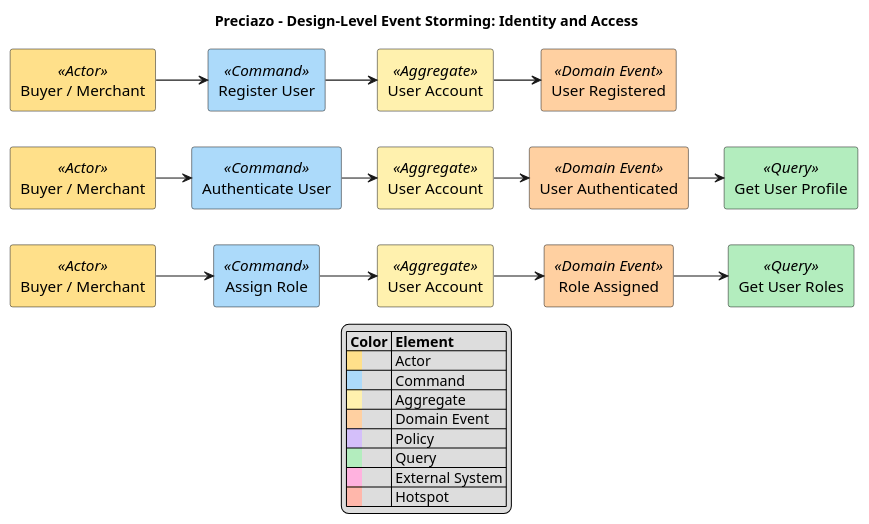
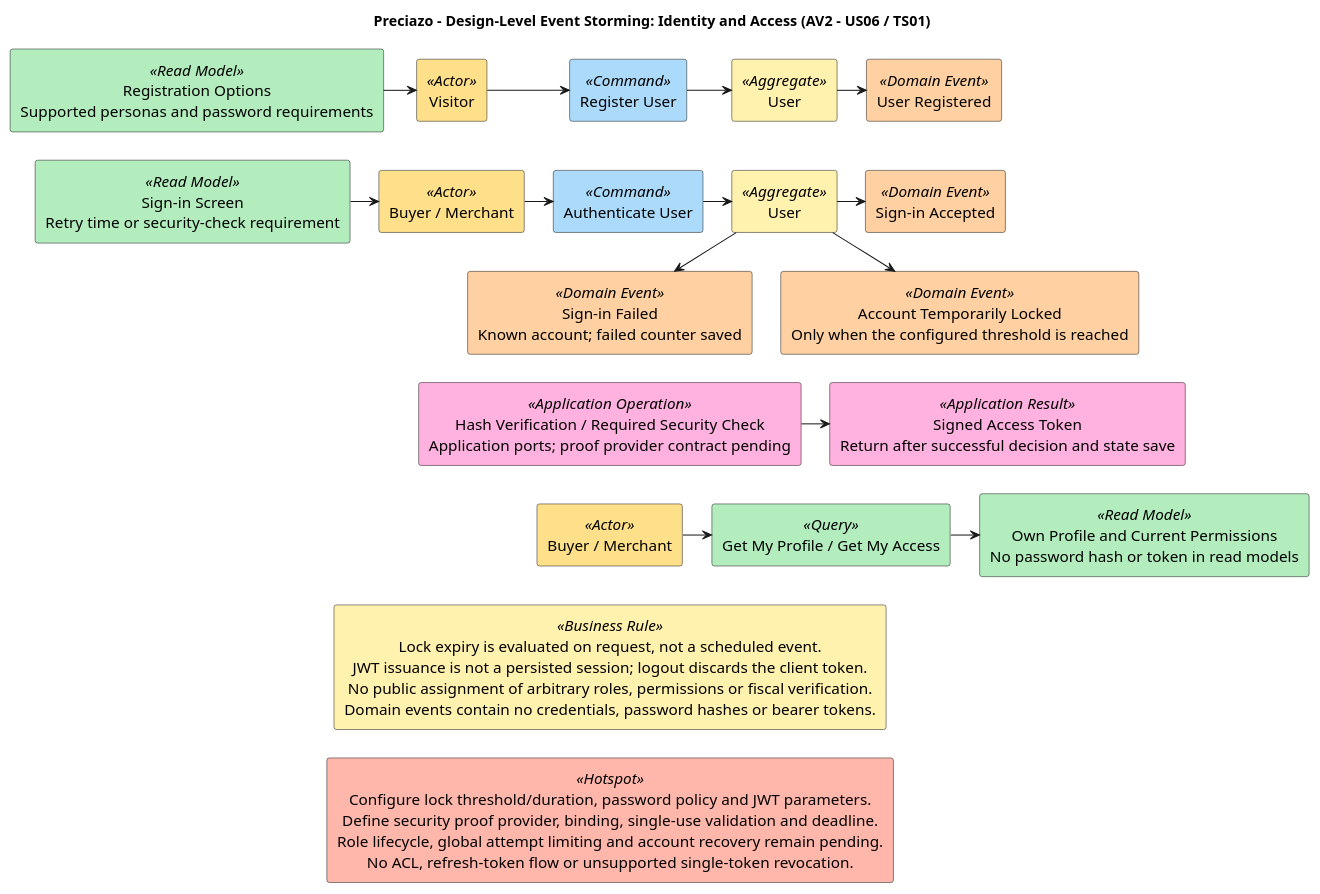
Before and after one commit to Open-Source-1ASI0729-2620-7750/preciazo-report: the diagram in docs/architecture/event-storming/identity-access.puml, drawn with PlantUML. The commit also changed 13 other files, not shown here.

Commit message:
docs(identity): align authentication and access design

```diff
--- a/docs/architecture/event-storming/identity-access.puml
+++ b/docs/architecture/event-storming/identity-access.puml
@@ -1,53 +1,51 @@
 @startuml Preciazo_Event_Storming_identity_access
-left to right direction
-title Preciazo - Design-Level Event Storming: Identity and Access
+top to bottom direction
+title Preciazo - Design-Level Event Storming: Identity and Access (AV2 - US06 / TS01)
 skinparam shadowing false
 skinparam defaultFontSize 15
 skinparam defaultTextAlignment center
-skinparam nodesep 35
-skinparam ranksep 35
+skinparam nodesep 28
+skinparam ranksep 28
 skinparam rectanglePadding 12
-
-rectangle "Buyer / Merchant" as n0_0 <<Actor>> #FFE08A
-rectangle "Register User" as n0_1 <<Command>> #ACDAFA
-rectangle "User Account" as n0_2 <<Aggregate>> #FFF1AE
-rectangle "User Registered" as n0_3 <<Domain Event>> #FFD0A1
-n0_0 --> n0_1
-n0_1 --> n0_2
-n0_2 --> n0_3
-
-rectangle "Buyer / Merchant" as n1_0 <<Actor>> #FFE08A
-rectangle "Authenticate User" as n1_1 <<Command>> #ACDAFA
-rectangle "User Account" as n1_2 <<Aggregate>> #FFF1AE
-rectangle "User Authenticated" as n1_3 <<Domain Event>> #FFD0A1
-rectangle "Get User Profile" as n1_4 <<Query>> #B3EDBE
-n1_0 --> n1_1
-n1_1 --> n1_2
-n1_2 --> n1_3
-n1_3 --> n1_4
-
-rectangle "Buyer / Merchant" as n2_0 <<Actor>> #FFE08A
-rectangle "Assign Role" as n2_1 <<Command>> #ACDAFA
-rectangle "User Account" as n2_2 <<Aggregate>> #FFF1AE
-rectangle "Role Assigned" as n2_3 <<Domain Event>> #FFD0A1
-rectangle "Get User Roles" as n2_4 <<Query>> #B3EDBE
-n2_0 --> n2_1
-n2_1 --> n2_2
-n2_2 --> n2_3
-n2_3 --> n2_4
-
-n0_0 -[hidden,norank]down-> n1_0
-n1_0 -[hidden,norank]down-> n2_0
-
-legend bottom
-|= Color |= Element |
-|<back:#FFE08A>    </back>| Actor |
-|<back:#ACDAFA>    </back>| Command |
-|<back:#FFF1AE>    </back>| Aggregate |
-|<back:#FFD0A1>    </back>| Domain Event |
-|<back:#D4BFFA>    </back>| Policy |
-|<back:#B3EDBE>    </back>| Query |
-|<back:#FFB2DF>    </back>| External System |
-|<back:#FFB7AB>    </back>| Hotspot |
-endlegend
+rectangle "Registration Options\nSupported personas and password requirements" as read0 <<Read Model>> #B3EDBE
+rectangle "Visitor" as actor0 <<Actor>> #FFE08A
+rectangle "Register User" as cmd0 <<Command>> #ACDAFA
+rectangle "User" as agg0 <<Aggregate>> #FFF1AE
+rectangle "User Registered" as evt0 <<Domain Event>> #FFD0A1
+read0 -right-> actor0
+actor0 -right-> cmd0
+cmd0 -right-> agg0
+agg0 -right-> evt0
+rectangle "Sign-in Screen\nRetry time or security-check requirement" as read1 <<Read Model>> #B3EDBE
+rectangle "Buyer / Merchant" as actor1 <<Actor>> #FFE08A
+rectangle "Authenticate User" as cmd1 <<Command>> #ACDAFA
+rectangle "User" as agg1 <<Aggregate>> #FFF1AE
+rectangle "Sign-in Accepted" as evt1 <<Domain Event>> #FFD0A1
+read1 -right-> actor1
+actor1 -right-> cmd1
+cmd1 -right-> agg1
+agg1 -right-> evt1
+read0 -[hidden]down-> read1
+actor0 -[hidden]down-> actor1
+cmd0 -[hidden]down-> cmd1
+agg0 -[hidden]down-> agg1
+evt0 -[hidden]down-> evt1
+rectangle "Sign-in Failed\nKnown account; failed counter saved" as failure <<Domain Event>> #FFD0A1
+rectangle "Account Temporarily Locked\nOnly when the configured threshold is reached" as locked <<Domain Event>> #FFD0A1
+agg1 -down-> failure
+agg1 -down-> locked
+rectangle "Hash Verification / Required Security Check\nApplication ports; proof provider contract pending" as verification <<Application Operation>> #FFB2DF
+rectangle "Signed Access Token\nReturn after successful decision and state save" as token <<Application Result>> #FFB2DF
+verification -right-> token
+failure -[hidden]down-> verification
+rectangle "Buyer / Merchant" as reader <<Actor>> #FFE08A
+rectangle "Get My Profile / Get My Access" as query <<Query>> #B3EDBE
+rectangle "Own Profile and Current Permissions\nNo password hash or token in read models" as view <<Read Model>> #B3EDBE
+reader -right-> query
+query -right-> view
+verification -[hidden]down-> reader
+rectangle "Lock expiry is evaluated on request, not a scheduled event.\nJWT issuance is not a persisted session; logout discards the client token.\nNo public assignment of arbitrary roles, permissions or fiscal verification.\nDomain events contain no credentials, password hashes or bearer tokens." as rule <<Business Rule>> #FFF1AE
+rectangle "Configure lock threshold/duration, password policy and JWT parameters.\nDefine security proof provider, binding, single-use validation and deadline.\nRole lifecycle, global attempt limiting and account recovery remain pending.\nNo ACL, refresh-token flow or unsupported single-token revocation." as hotspot <<Hotspot>> #FFB7AB
+reader -[hidden]down-> rule
+rule -[hidden]down-> hotspot
 @enduml
```
